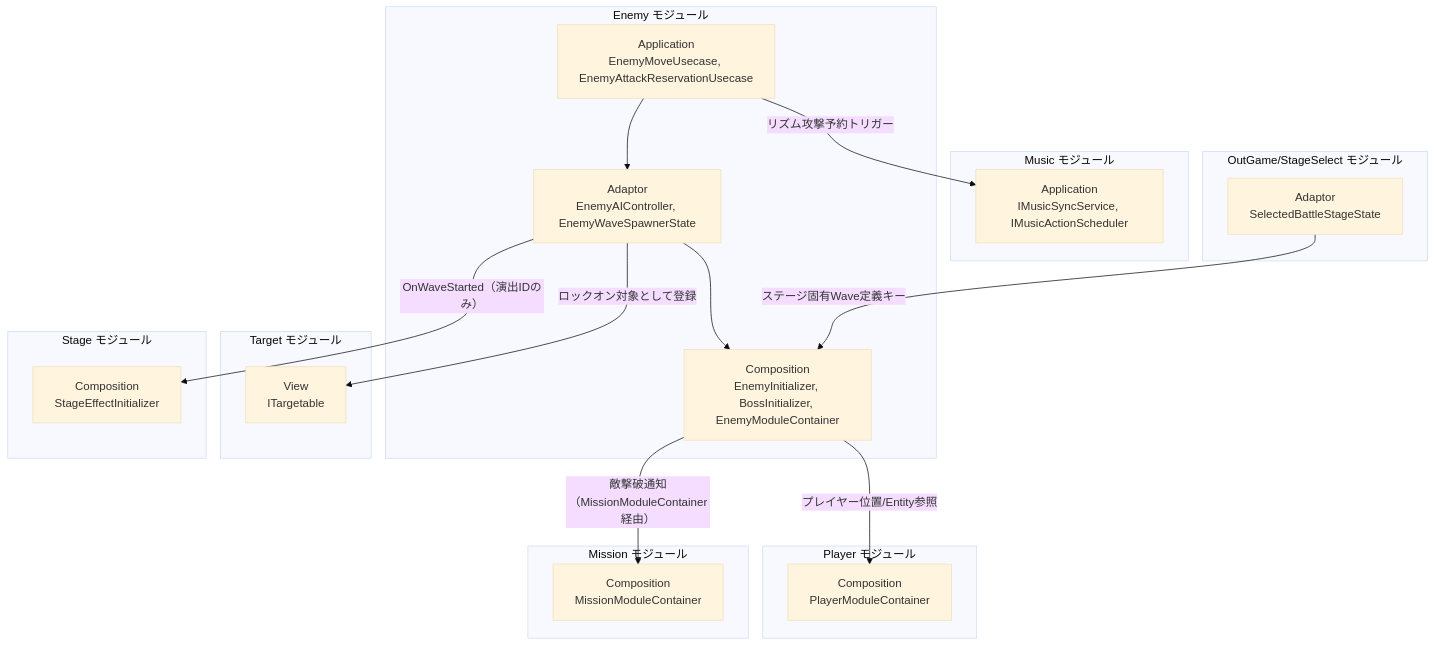
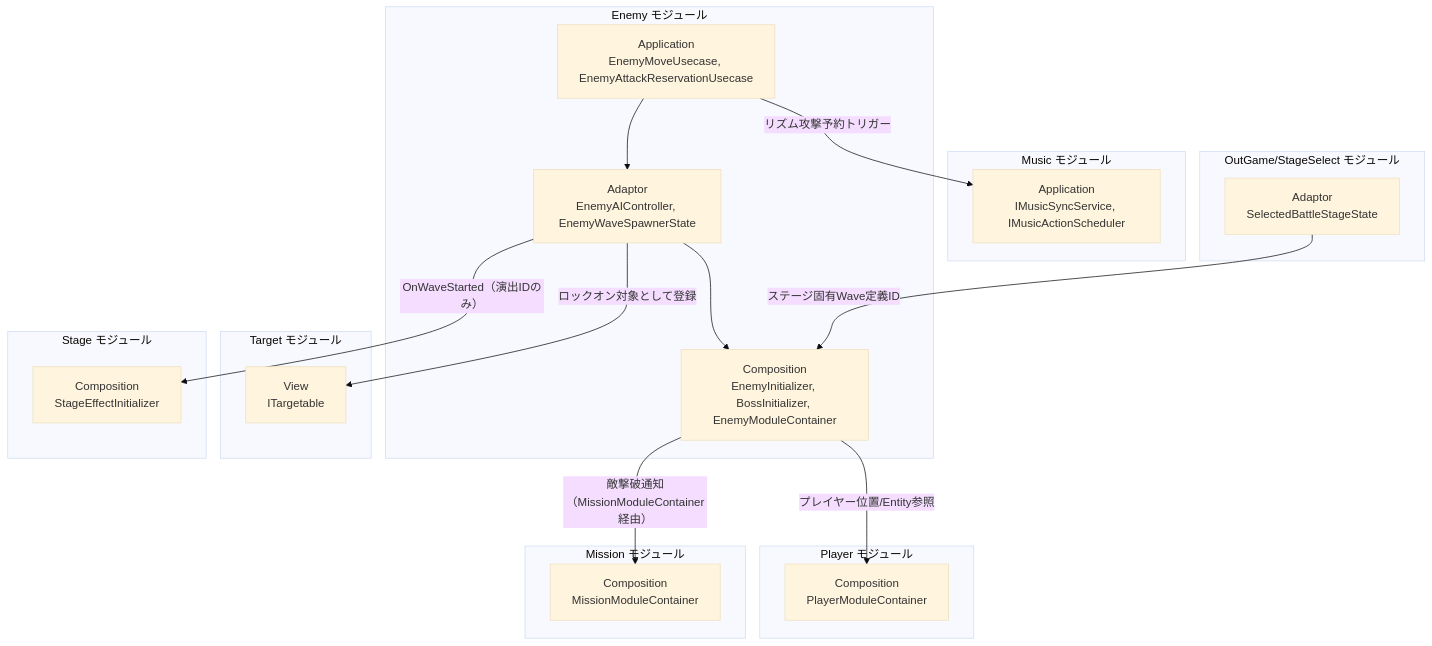
One commit to HIBIKI5201/SymphonyKillChord changed the first of 4 diagrams in Assets/Docs/ScriptsDocs/Modules/NotionModuleDocs/Enemy.md. Above: the diagram before and after it, drawn with Mermaid (base theme). The commit also changed other lines of this file and 2 other files, not shown here.

````diff
--- a/Assets/Docs/ScriptsDocs/Modules/NotionModuleDocs/Enemy.md
+++ b/Assets/Docs/ScriptsDocs/Modules/NotionModuleDocs/Enemy.md
@@ -52,43 +55,43 @@
 ```mermaid
 graph TD
     %% 定義 (接続のないレイヤーは省略)
     subgraph EnemyModule [Enemy モジュール]
         E_App["Application<br>EnemyMoveUsecase, EnemyAttackReservationUsecase"]
         E_Adaptor["Adaptor<br>EnemyAIController, EnemyWaveSpawnerState"]
         E_Composition["Composition<br>EnemyInitializer, BossInitializer, EnemyModuleContainer"]
         E_App --> E_Adaptor
         E_Adaptor --> E_Composition
     end
 
     subgraph PlayerModule [Player モジュール]
         P_Composition["Composition<br>PlayerModuleContainer"]
     end
 
     subgraph MusicModule [Music モジュール]
         M_App["Application<br>IMusicSyncService, IMusicActionScheduler"]
     end
 
     subgraph TargetModule [Target モジュール]
         T_View["View<br>ITargetable"]
     end
 
     subgraph StageSelectModule [OutGame/StageSelect モジュール]
         SS_Adaptor["Adaptor<br>SelectedBattleStageState"]
     end
 
     subgraph MissionModule [Mission モジュール]
         MS_Composition["Composition<br>MissionModuleContainer"]
     end
 
     subgraph StageModule [Stage モジュール]
         ST_Composition["Composition<br>StageEffectInitializer"]
     end
 
     %% 依存関係
     E_Composition -->|"プレイヤー位置/Entity参照"| P_Composition
     E_App -->|"リズム攻撃予約トリガー"| M_App
     E_Adaptor -->|"ロックオン対象として登録"| T_View
-    SS_Adaptor -->|"ステージ固有Wave定義キー"| E_Composition
+    SS_Adaptor -->|"ステージ固有Wave定義ID"| E_Composition
     E_Composition -->|"敵撃破通知（MissionModuleContainer経由）"| MS_Composition
     E_Adaptor -->|"OnWaveStarted（演出IDのみ）"| ST_Composition
 ```
````
